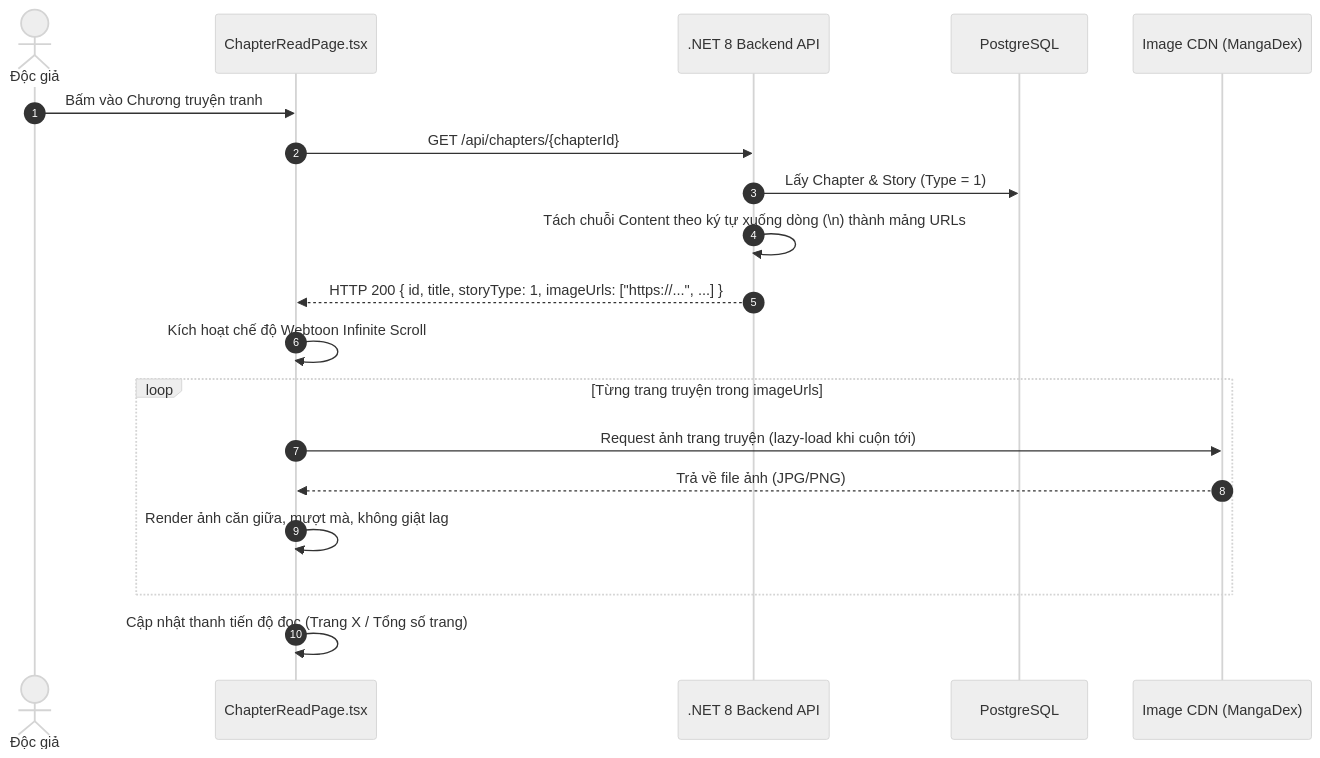
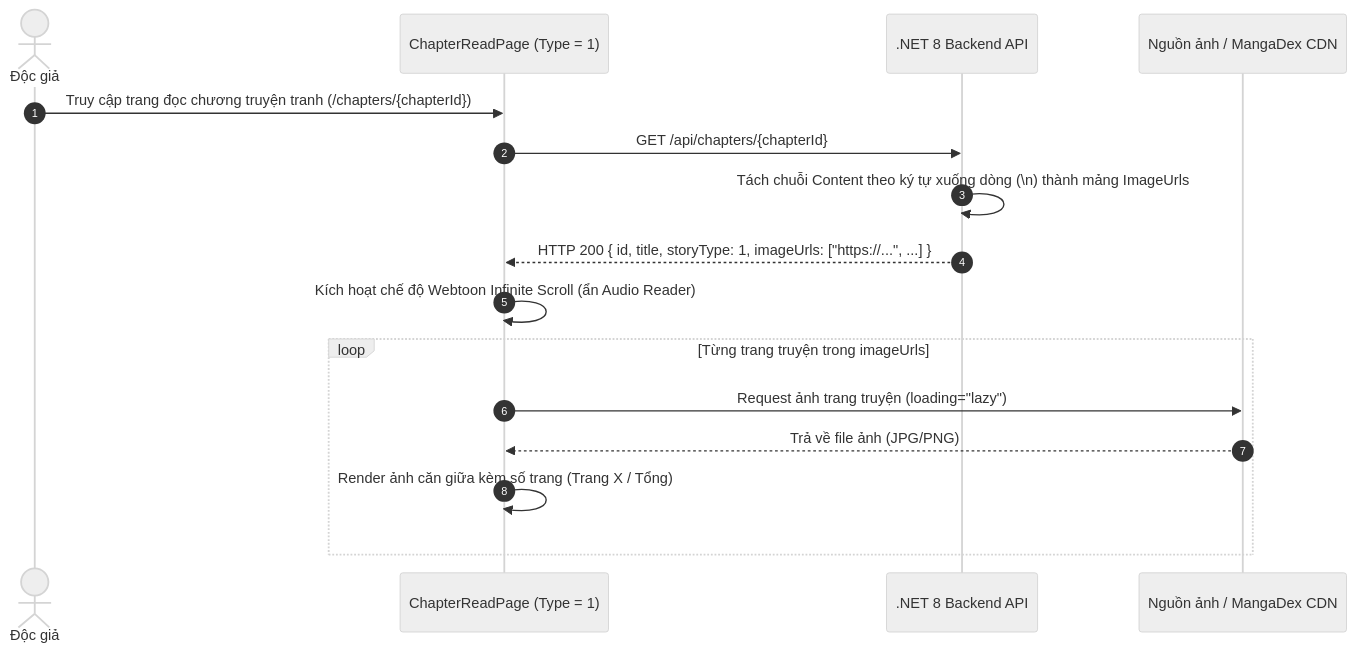
Before and after one commit to tuyenminhtran/HeThongQuanLyDocTruyen-Nhom-7: the sixth of 8 diagrams in KIEN_TRUC_CONG_NGHE_VA_FLOW.md, drawn with Mermaid (neutral theme). The commit also changed other lines of this file and 24 other files, not shown here.

Commit message:
Kiểm toán toàn diện Admin/Reader, sửa lỗi MemoryCache báo cáo trùng, chuẩn hóa script/SQL và đồng bộ tài liệu dự án

````diff
--- a/KIEN_TRUC_CONG_NGHE_VA_FLOW.md
+++ b/KIEN_TRUC_CONG_NGHE_VA_FLOW.md
@@ -191,22 +183,19 @@
 ```mermaid
 sequenceDiagram
     autonumber
     actor Reader as Độc giả
-    participant ReadPage as ChapterReadPage.tsx
+    participant ReadPage as ChapterReadPage (Type = 1)
     participant API as .NET 8 Backend API
-    participant DB as PostgreSQL
-    participant CDN as Image CDN (MangaDex)
+    participant CDN as Nguồn ảnh / MangaDex CDN
 
-    Reader->>ReadPage: Bấm vào Chương truyện tranh
+    Reader->>ReadPage: Truy cập trang đọc chương truyện tranh (/chapters/{chapterId})
     ReadPage->>API: GET /api/chapters/{chapterId}
-    API->>DB: Lấy Chapter & Story (Type = 1)
-    API->>API: Tách chuỗi Content theo ký tự xuống dòng (\n) thành mảng URLs
+    API->>API: Tách chuỗi Content theo ký tự xuống dòng (\n) thành mảng ImageUrls
     API-->>ReadPage: HTTP 200 { id, title, storyType: 1, imageUrls: ["https://...", ...] }
-    ReadPage->>ReadPage: Kích hoạt chế độ Webtoon Infinite Scroll
+    ReadPage->>ReadPage: Kích hoạt chế độ Webtoon Infinite Scroll (ẩn Audio Reader)
     loop Từng trang truyện trong imageUrls
-        ReadPage->>CDN: Request ảnh trang truyện (lazy-load khi cuộn tới)
+        ReadPage->>CDN: Request ảnh trang truyện (loading="lazy")
         CDN-->>ReadPage: Trả về file ảnh (JPG/PNG)
-        ReadPage->>ReadPage: Render ảnh căn giữa, mượt mà, không giật lag
+        ReadPage->>ReadPage: Render ảnh căn giữa kèm số trang (Trang X / Tổng)
     end
-    ReadPage->>ReadPage: Cập nhật thanh tiến độ đọc (Trang X / Tổng số trang)
 ```
````
